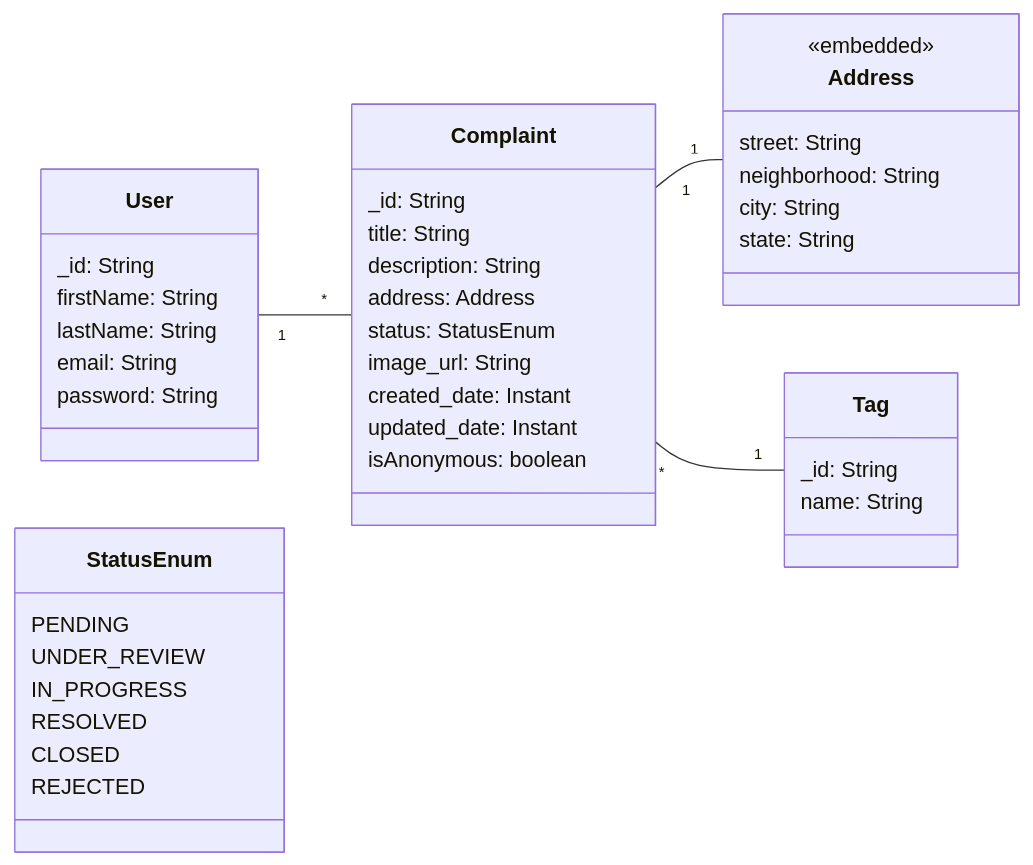
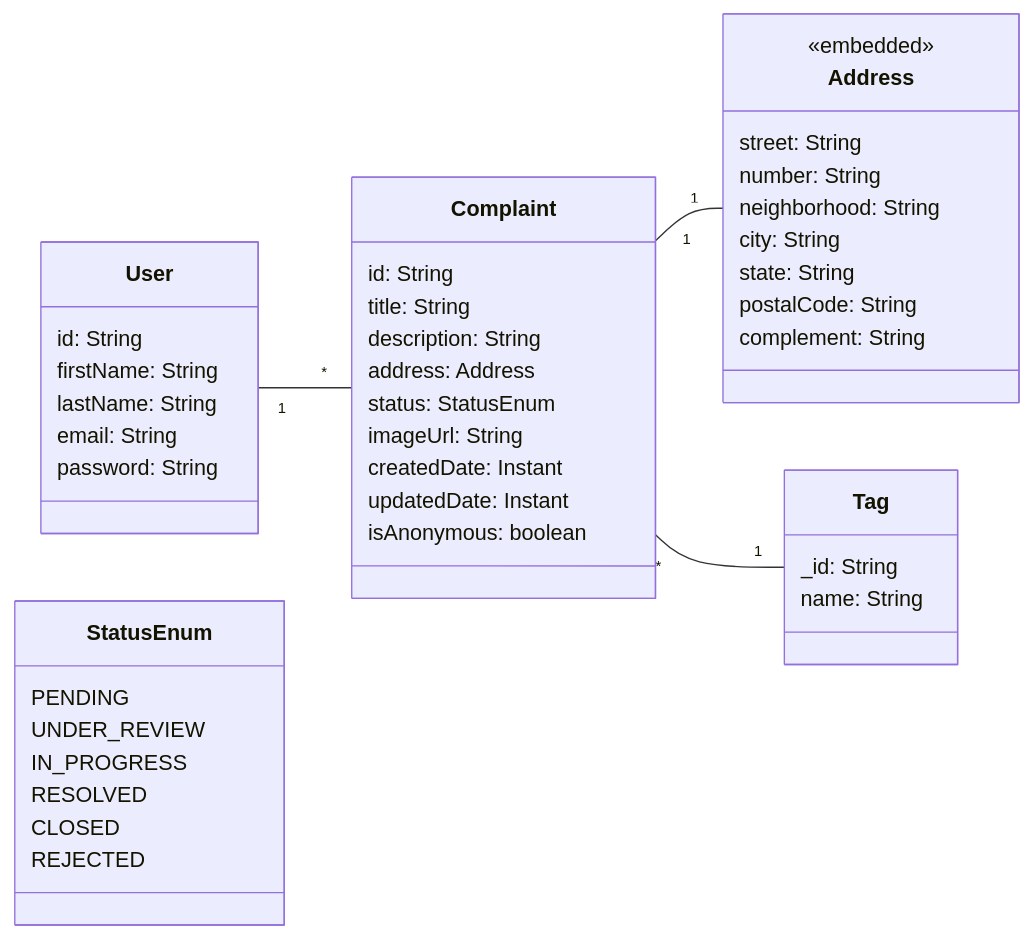
One commit to rubensrabelo/api_de_reclamacoes_sociais changed the diagram in README.md. Above: the diagram before and after it, drawn with Mermaid. The commit also changed 5 other files, not shown here.

````diff
--- a/README.md
+++ b/README.md
@@ -3,50 +3,53 @@
 ``` mermaid
 classDiagram
   direction LR
   class User {
-    _id: String
+    id: String
     firstName: String
     lastName: String
     email: String
     password: String
   }
 
   class Address {
     <<embedded>>
     street: String
+    number: String
     neighborhood: String
     city: String
     state: String
+    postalCode: String
+    complement: String
   }
   
   class Complaint {
-    _id: String
+    id: String
     title: String
     description: String
     address: Address
     status: StatusEnum
-    image_url: String
-    created_date: Instant
-    updated_date: Instant
+    imageUrl: String
+    createdDate: Instant
+    updatedDate: Instant
     isAnonymous: boolean
   }
 
   class StatusEnum {
     PENDING
     UNDER_REVIEW
     IN_PROGRESS
     RESOLVED
     CLOSED
     REJECTED
   }
 
   class Tag {
     _id: String
     name: String
   }
 
   User "1"-- "*" Complaint
   Complaint "1"--"1" Address
   Complaint "*"-- "1" Tag
 
 ```
````
